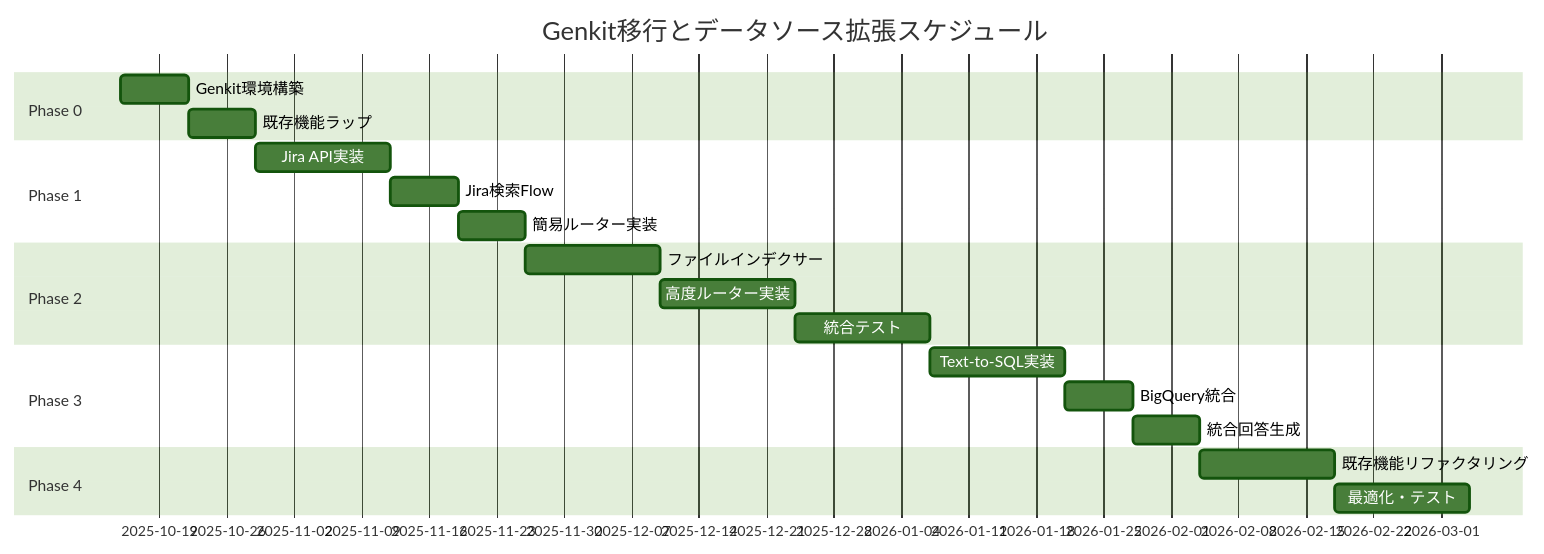
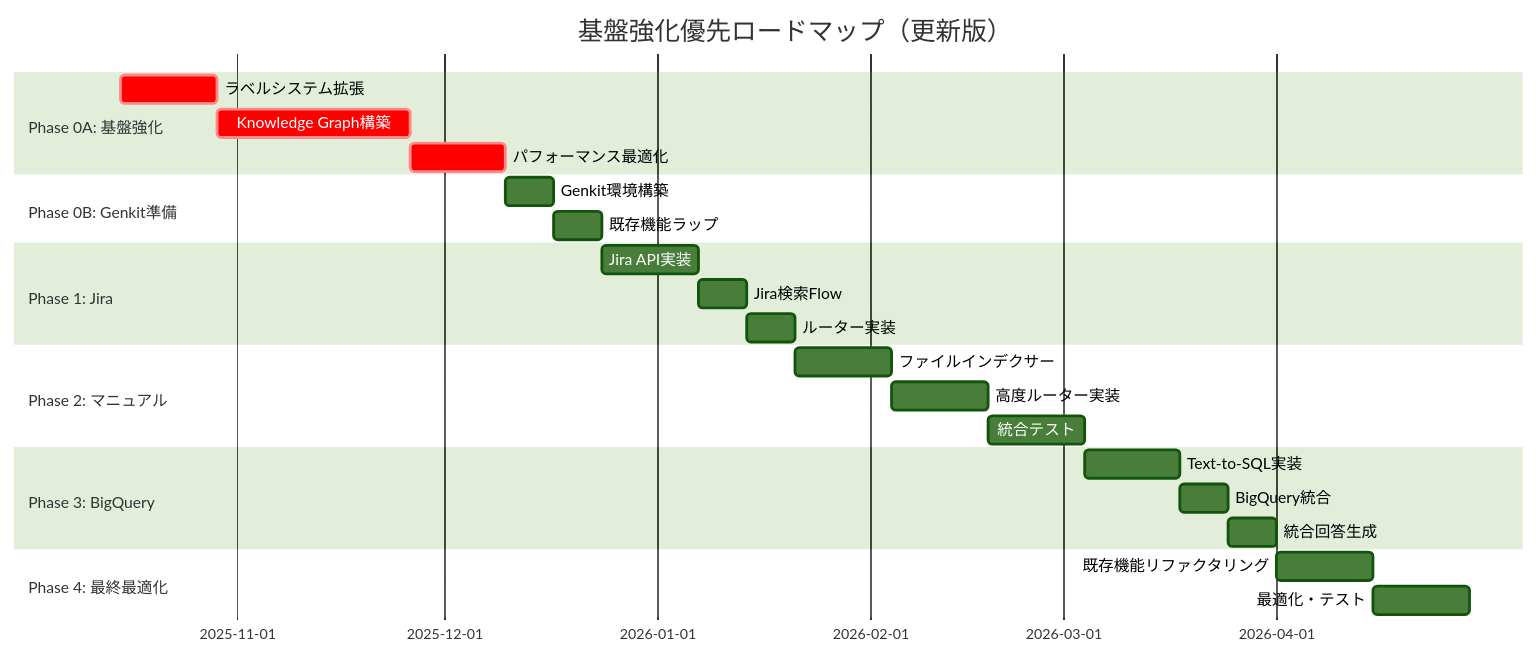
One commit to gucchon001/Confluence_firebase changed the second of 2 diagrams in docs/architecture/genkit-migration-and-expansion-roadmap.md. Above: the diagram before and after it, drawn with Mermaid (forest theme). The commit also changed other lines of this file and 3 other files, not shown here.

````diff
--- a/docs/architecture/genkit-migration-and-expansion-roadmap.md
+++ b/docs/architecture/genkit-migration-and-expansion-roadmap.md
@@ -852,28 +887,33 @@
 ```mermaid
 gantt
-    title Genkit移行とデータソース拡張スケジュール
+    title 基盤強化優先ロードマップ（更新版）
     dateFormat YYYY-MM-DD
     
-    section Phase 0
-    Genkit環境構築           :p0-1, 2025-10-15, 1w
-    既存機能ラップ           :p0-2, after p0-1, 1w
+    section Phase 0A: 基盤強化
+    ラベルシステム拡張        :crit, p0a-1, 2025-10-15, 2w
+    Knowledge Graph構築       :crit, p0a-2, after p0a-1, 4w
+    パフォーマンス最適化      :crit, p0a-3, after p0a-2, 2w
     
-    section Phase 1
-    Jira API実装            :p1-1, after p0-2, 2w
+    section Phase 0B: Genkit準備
+    Genkit環境構築           :p0b-1, after p0a-3, 1w
+    既存機能ラップ           :p0b-2, after p0b-1, 1w
+    
+    section Phase 1: Jira
+    Jira API実装            :p1-1, after p0b-2, 2w
     Jira検索Flow            :p1-2, after p1-1, 1w
-    簡易ルーター実装         :p1-3, after p1-2, 1w
+    ルーター実装            :p1-3, after p1-2, 1w
     
-    section Phase 2
+    section Phase 2: マニュアル
     ファイルインデクサー      :p2-1, after p1-3, 2w
     高度ルーター実装         :p2-2, after p2-1, 2w
     統合テスト              :p2-3, after p2-2, 2w
     
-    section Phase 3
+    section Phase 3: BigQuery
     Text-to-SQL実装         :p3-1, after p2-3, 2w
     BigQuery統合            :p3-2, after p3-1, 1w
     統合回答生成            :p3-3, after p3-2, 1w
     
-    section Phase 4
+    section Phase 4: 最終最適化
     既存機能リファクタリング  :p4-1, after p3-3, 2w
     最適化・テスト          :p4-2, after p4-1, 2w
 ```
````
